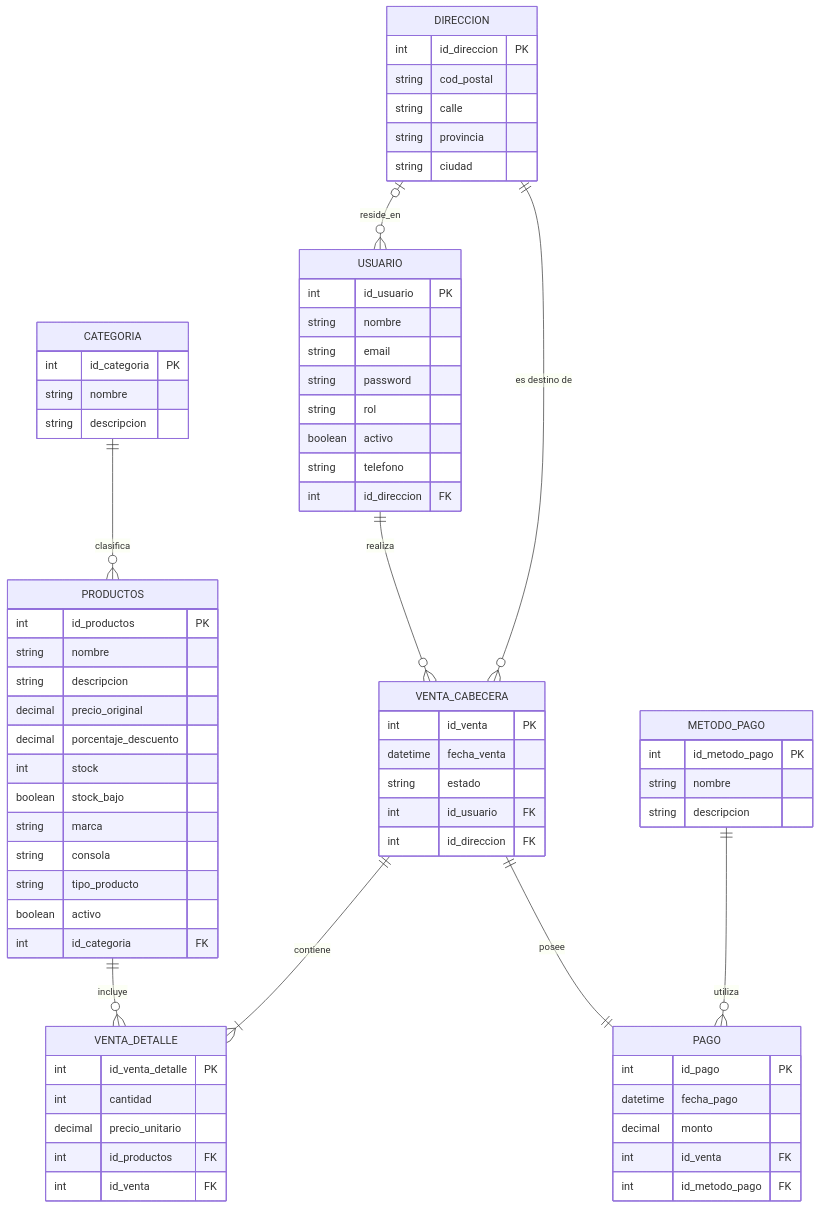
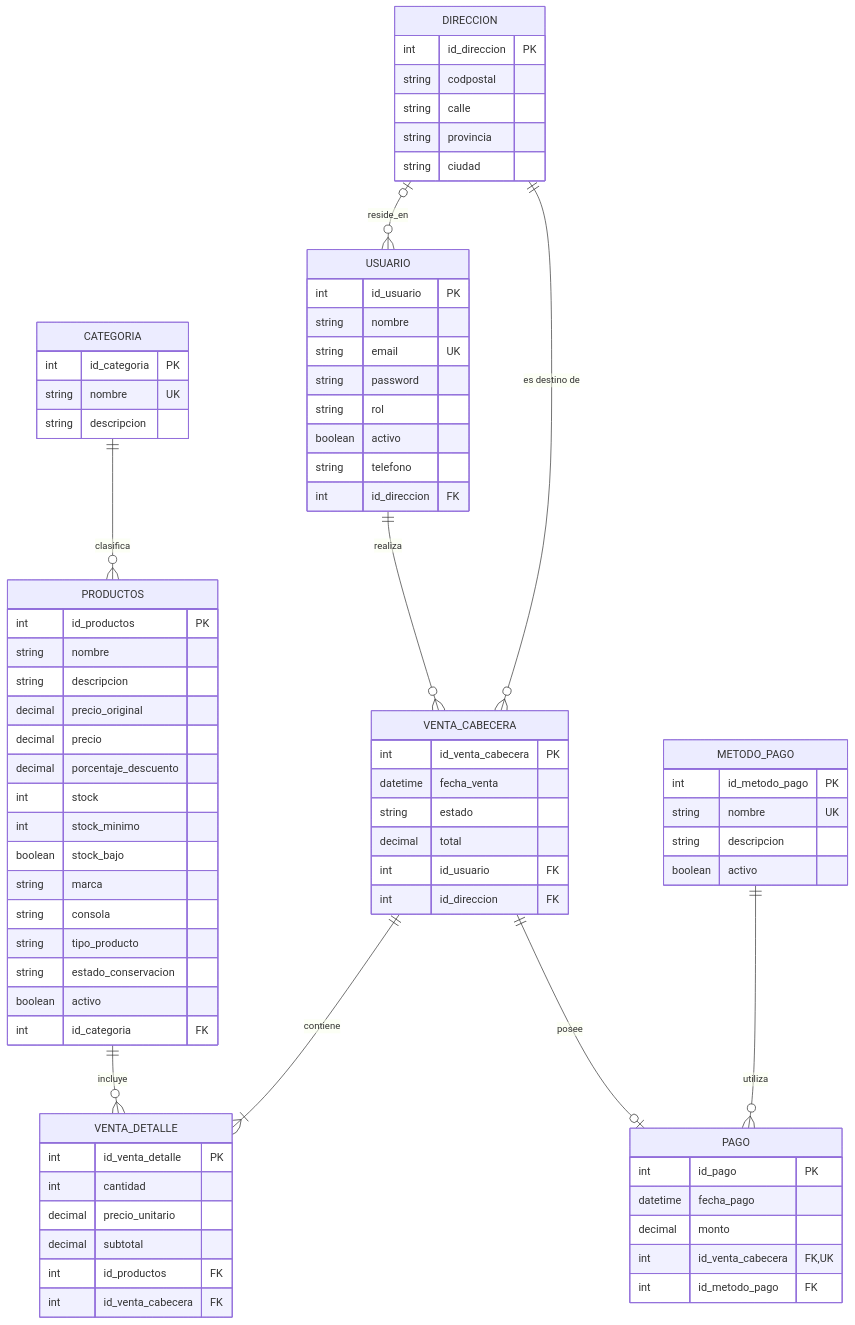
The diagram in docs/etapa-02/modelo_relacional.md (raftontheshore/proyecto-bd1-equipo_22), drawn with Mermaid before and after one commit. The commit also changed other lines of this file and 4 other files, not shown here.

````diff
--- a/docs/etapa-02/modelo_relacional.md
+++ b/docs/etapa-02/modelo_relacional.md
@@ -127,12 +146,12 @@
     USUARIO ||--o{ VENTA_CABECERA : realiza
     DIRECCION ||--o{ VENTA_CABECERA : "es destino de"
     DIRECCION |o--o{ USUARIO : reside_en
-    VENTA_CABECERA ||--|| PAGO : posee
+    VENTA_CABECERA ||--o| PAGO : posee
     METODO_PAGO ||--o{ PAGO : utiliza
 
     CATEGORIA {
         int id_categoria PK
-        string nombre
+        string nombre UK
         string descripcion
     }
 
@@ -141,19 +160,22 @@
         string nombre
         string descripcion
         decimal precio_original
+        decimal precio
         decimal porcentaje_descuento
         int stock
+        int stock_minimo
         boolean stock_bajo
         string marca
         string consola
         string tipo_producto
+        string estado_conservacion
         boolean activo
         int id_categoria FK
     }
 
     DIRECCION {
         int id_direccion PK
-        string cod_postal
+        string codpostal
         string calle
         string provincia
         string ciudad
@@ -162,7 +184,7 @@
     USUARIO {
         int id_usuario PK
         string nombre
-        string email
+        string email UK
         string password
         string rol
         boolean activo
@@ -171,9 +193,10 @@
     }
 
     VENTA_CABECERA {
-        int id_venta PK
+        int id_venta_cabecera PK
         datetime fecha_venta
         string estado
+        decimal total
         int id_usuario FK
         int id_direccion FK
     }
@@ -182,21 +205,23 @@
         int id_venta_detalle PK
         int cantidad
         decimal precio_unitario
+        decimal subtotal
         int id_productos FK
-        int id_venta FK
+        int id_venta_cabecera FK
     }
 
     PAGO {
         int id_pago PK
         datetime fecha_pago
         decimal monto
-        int id_venta FK
+        int id_venta_cabecera FK, UK
         int id_metodo_pago FK
     }
 
     METODO_PAGO {
         int id_metodo_pago PK
-        string nombre
+        string nombre UK
         string descripcion
+        boolean activo
     }
 ```
````
